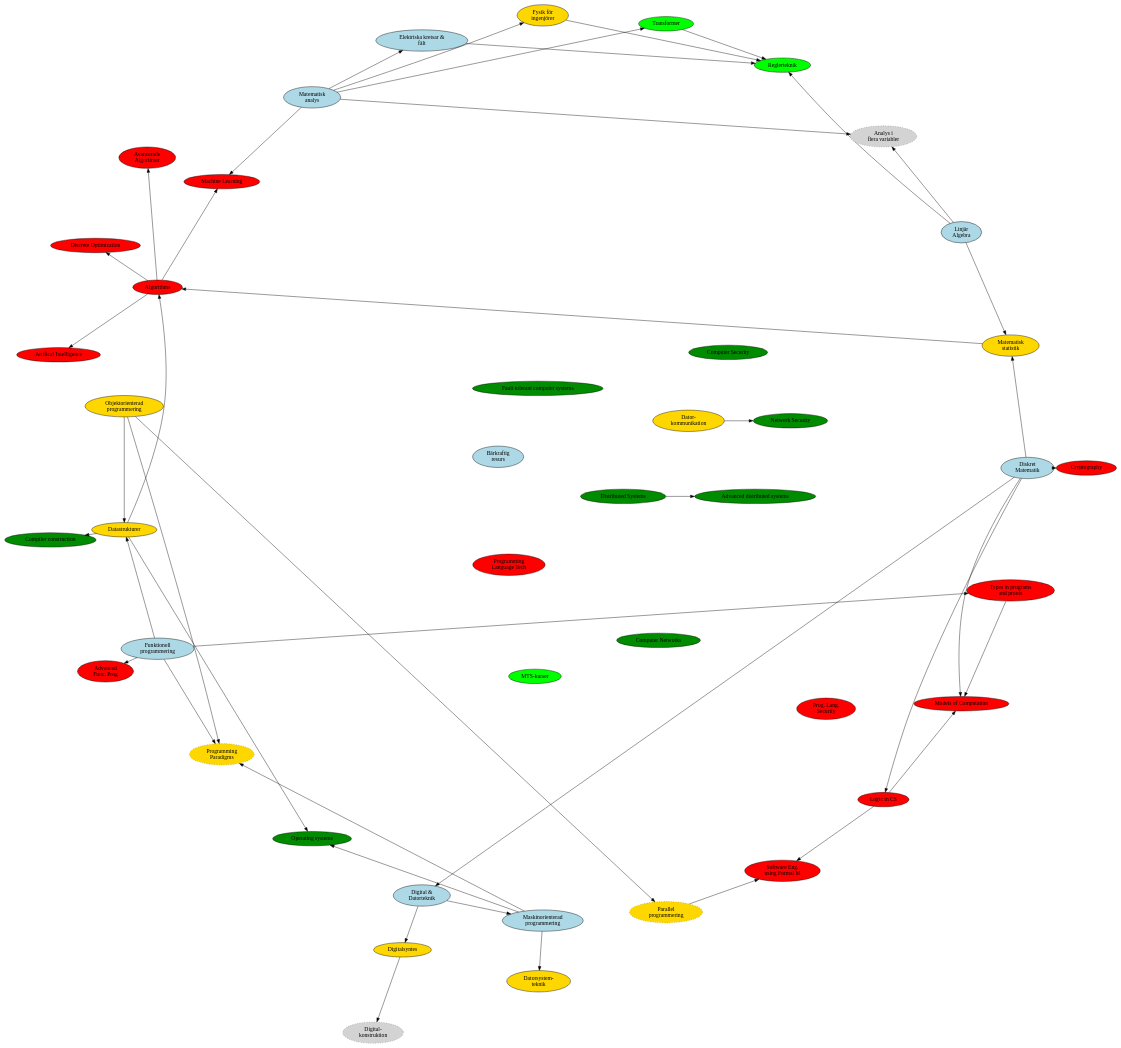
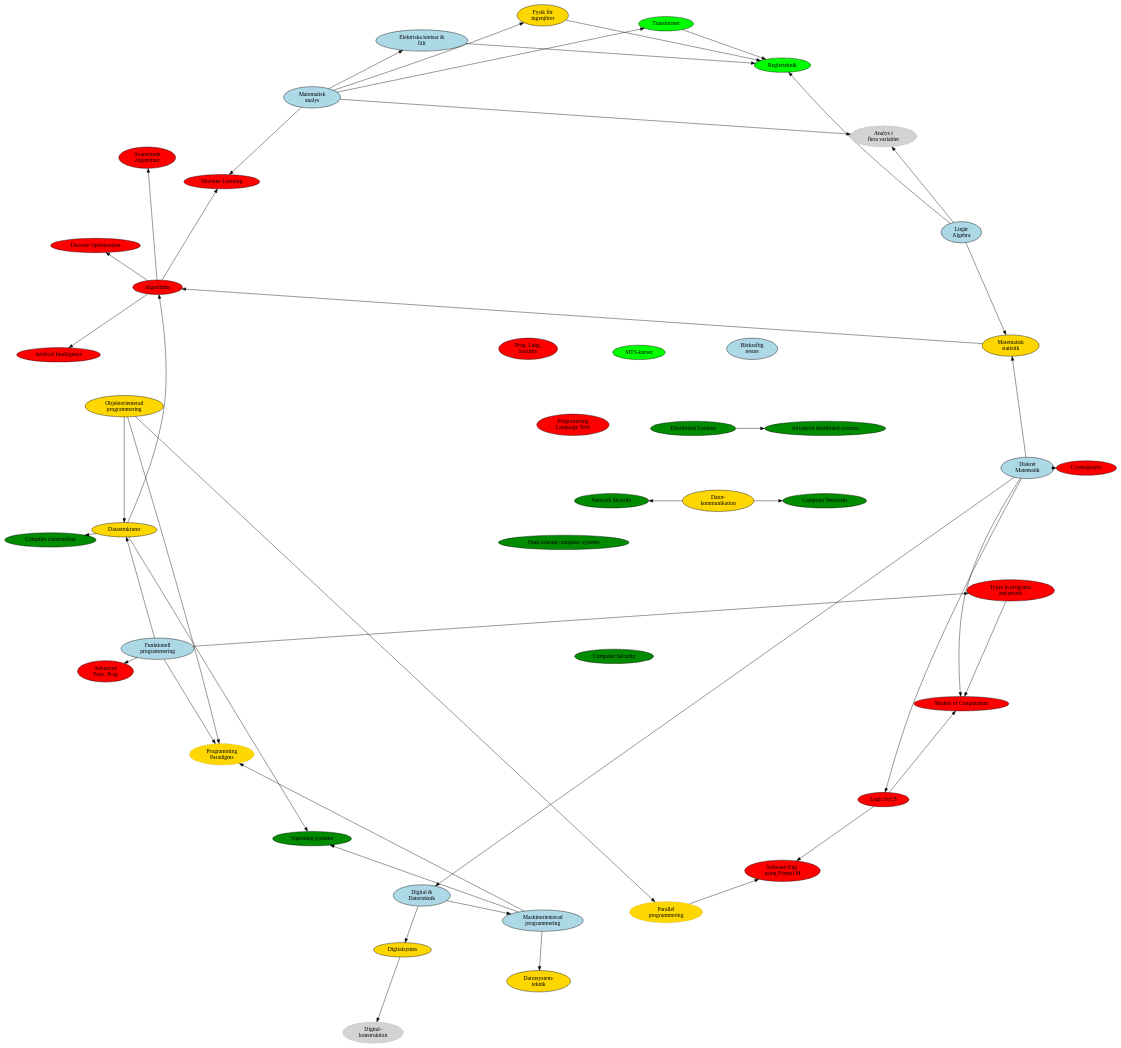
One commit to dtekcth/snd-kursgraf changed the diagram in kursgraf.dot. Above: the diagram before and after it, drawn with Graphviz.

Commit message:
Updated .dotfile

```diff
--- a/kursgraf.dot
+++ b/kursgraf.dot
@@ -1,141 +1,143 @@
 digraph G
 {
 	layout=circo
 	//nodesep=1
 	splines=true
 	overlap=prism 
 	node [style="solid,filled"]
 
 	
 
 	subgraph cluster_TKDAT1 {
                 label = "TKDAT-1"
 		rank = same
 		node [fillcolor="lightblue"]
 		haskell [label = "Funktionell\nprogrammering"]
 		diskmat [label = "Diskret\nMatematik"]
 		linalg [label = "Linjär\nAlgebra"]
 		digodat [label = "Digital &\nDatorteknik"]
 		analys [label = "Matematisk\nanalys"]
 		mop [label = "Maskinorienterad\nprogrammering"]
 		el [label = "Elektriska kretsar &\nfält"]
 		barsaft [label = "Bärkraftig\nresurs"]
 	}
 	
 	diskmat -> digodat
 	digodat -> mop
 	analys -> el
 
 	subgraph cluster_TKDAT2 {
                 label = "TKDAT-2"
 		rank = same
 		node [fillcolor="gold1"]
 		matstat [label = "Matematisk\nstatistik"]
 		oop [label = "Objektorienterad\nprogrammering"]
 		fysik [label = "Fysik för\ningenjörer"]
 		dstrukt [label = "Datastrukturer"]
 		syntes [label = "Digitalsyntes"]
 		subgraph {
 			node [style="dotted, filled"]
 			pp [label = "Programming\nParadigms"]
 			concurrent [label = "Parallel\nprogrammering"]
 		}
 		dst [ label = "Datorsystem-\nteknik"]
 		datakom [label = "Dator-\nkommunikation"]
 	}
 	haskell -> pp
 	haskell -> dstrukt
 	oop -> dstrukt
 	oop -> concurrent
 	oop -> pp
 	mop -> pp
 	digodat -> syntes
 	mop -> dst
 	analys -> fysik
 	linalg -> matstat
 	diskmat -> matstat
 	
 	subgraph cluster_TKDAT3 {
                 label = "TKDAT-3"
 		rank = same
 		node [fillcolor = "green1"]
 		tss [label = "Transformer"]
 		regler [label = "Reglerteknik"]
 		mts [label = "MTS-kurser"]
 	}
 	tss -> regler
 	analys -> tss
 	fysik -> regler
 	el -> regler
 	linalg -> regler
 	
 	subgraph cluster_CSALL {
                 label = "CSALL"
 		rank = same
 		node [style ="filled", fillcolor="red"]
 		advAlg [label = "Avancerade\nAlgoritmer"]
 		advFunc [label = "Advanced \n Func. Prog"]
 		logik [label = "Logic in CS"]
 		prolang [label = "Programming \n Language Tech"]
 		ml [label = "Machine Learning"]
 		softEng [label ="Software Eng. \n using Formal M"]
 		discopt [label = "Discrete Optimization"]
 		ai [label ="Artifical Intelligence"]
 		models [label ="Models of Computation"]
 		langsecurity [label ="Prog. Lang. \n Security"]
 		types [label = "Types in programs \n and proofs "]
 		algoritmer [label ="Algorithms"]
 		crypto [label = "Cryptography"]
 	}
 	diskmat -> models
 	logik -> models
 	diskmat -> crypto
 	haskell -> types
 	types -> models
 	algoritmer -> discopt
 	concurrent -> softEng
 	logik -> softEng
 	diskmat -> logik
 	algoritmer -> advAlg
 	algoritmer -> ml
 	analys -> ml
 	haskell -> advFunc
 	algoritmer -> ai
 
 	//CSN
 	
-	subgraph {
+	subgraph  cluster_CSN {
+		label="CSN"
 		rank = same
 		node [style="filled",fillcolor="green4"]
 		distSys [label="Distributed Systems"]
 		advDistSys [label="Advanced distributed systems"]
 		ftcs [label="Fault tolerant computer systems"]
 		computerNetworks [label="Computer Networks"]
 		oS [label="Operating systems"]
 		compilerConstruction [label="Compiler construction"]
 		networkSecurity [label="Network Security"]
 		computerSecurity [label="Computer Security"]
 	}   
 	
 	distSys -> advDistSys
 	dstrukt -> oS 
 	mop -> oS	
 	datakom -> networkSecurity
+	datakom -> computerNetworks
 	dstrukt -> compilerConstruction
 	
 
 
    //Valbara
 	subgraph {
 		node [style="dotted, filled"]
 		flervar [label = "Analys i\nflera variabler"]
 		digkonstr [label = "Digital-\nkonstruktion"]
 	}
 	syntes -> digkonstr
 	linalg -> flervar
 	analys -> flervar
 	dstrukt -> algoritmer
 	matstat -> algoritmer
 
 
 }	
```
